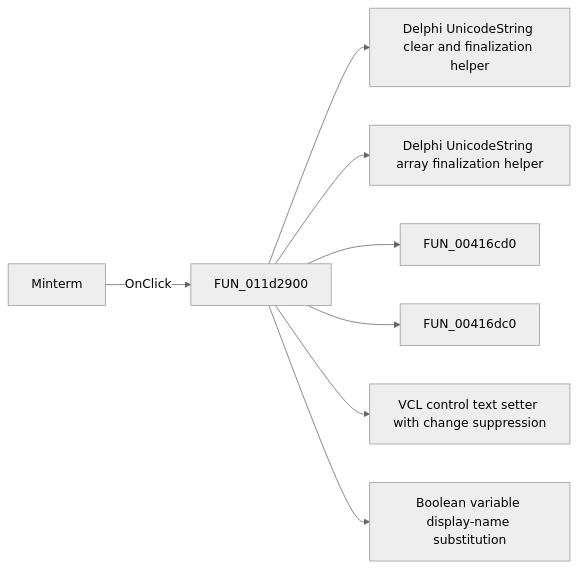
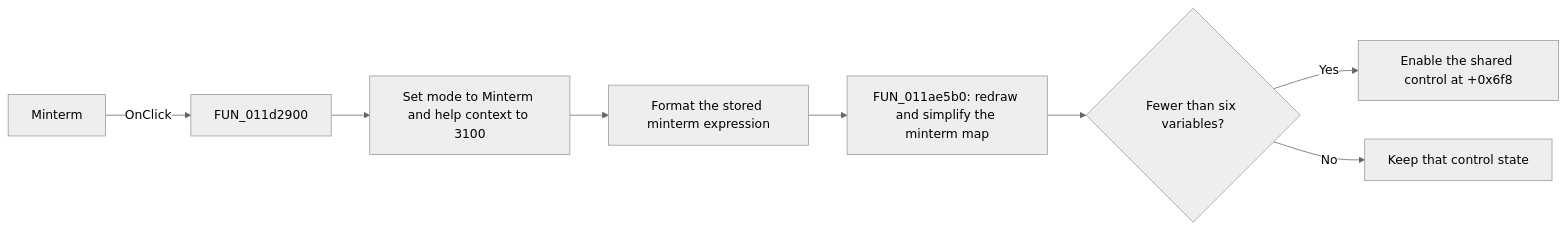
Before and after one commit to MovGP0/TIARA: the diagram in docs/ui-controls/vk-form/btnminterm-39a1ebdeaf.md, drawn with Mermaid (neutral theme). The commit also changed other lines of this file and 1062 other files, not shown here.

````diff
--- a/docs/ui-controls/vk-form/btnminterm-39a1ebdeaf.md
+++ b/docs/ui-controls/vk-form/btnminterm-39a1ebdeaf.md
@@ -27,10 +29,10 @@
 ```mermaid
 flowchart LR
     control["Minterm"] -->|OnClick| handler["FUN_011d2900"]
-    handler --> call1["Delphi UnicodeString clear and finalization helper"]
-    handler --> call2["Delphi UnicodeString array finalization helper"]
-    handler --> call3["FUN_00416cd0"]
-    handler --> call4["FUN_00416dc0"]
-    handler --> call5["VCL control text setter with change suppression"]
-    handler --> call6["Boolean variable display-name substitution"]
+    handler --> selectMode["Set mode to Minterm and help context to 3100"]
+    selectMode --> sourceText["Format the stored minterm expression"]
+    sourceText --> render["FUN_011ae5b0: redraw and simplify the minterm map"]
+    render --> variableCount{"Fewer than six variables?"}
+    variableCount -->|Yes| enableShared["Enable the shared control at +0x6f8"]
+    variableCount -->|No| keepState["Keep that control state"]
 ```
````
